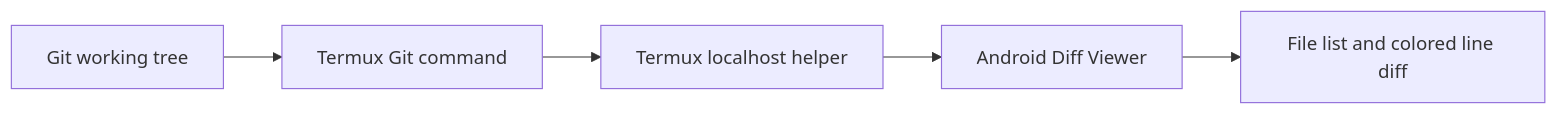
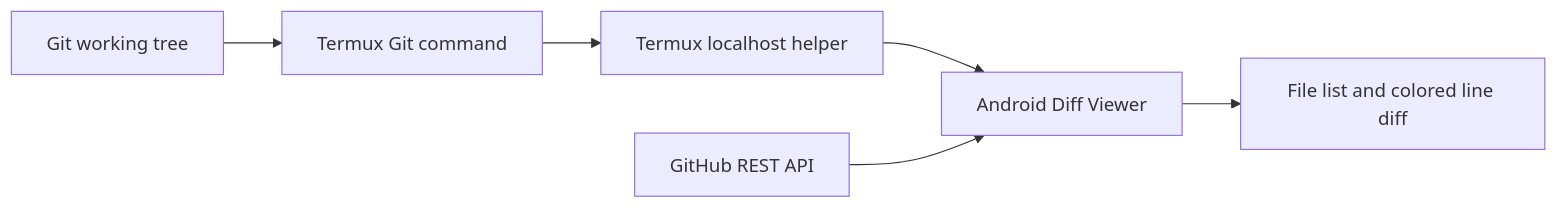
One commit to yyasutakeee/diff-viewer-android changed the first of 2 diagrams in docs/product-overview.md. Above: the diagram before and after it, drawn with Mermaid. The commit also changed other lines of this file and 17 other files, not shown here.

Commit message:
Add public GitHub repository mode

````diff
--- a/docs/product-overview.md
+++ b/docs/product-overview.md
@@ -33,7 +33,8 @@
 ```mermaid
 flowchart LR
     A[Git working tree] --> B[Termux Git command]
     B --> C[Termux localhost helper]
     C --> D[Android Diff Viewer]
+    G[GitHub REST API] --> D
     D --> E[File list and colored line diff]
 ```
````
